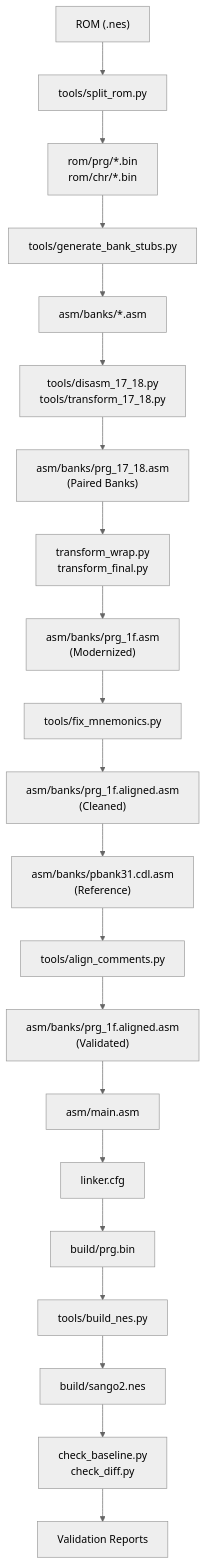
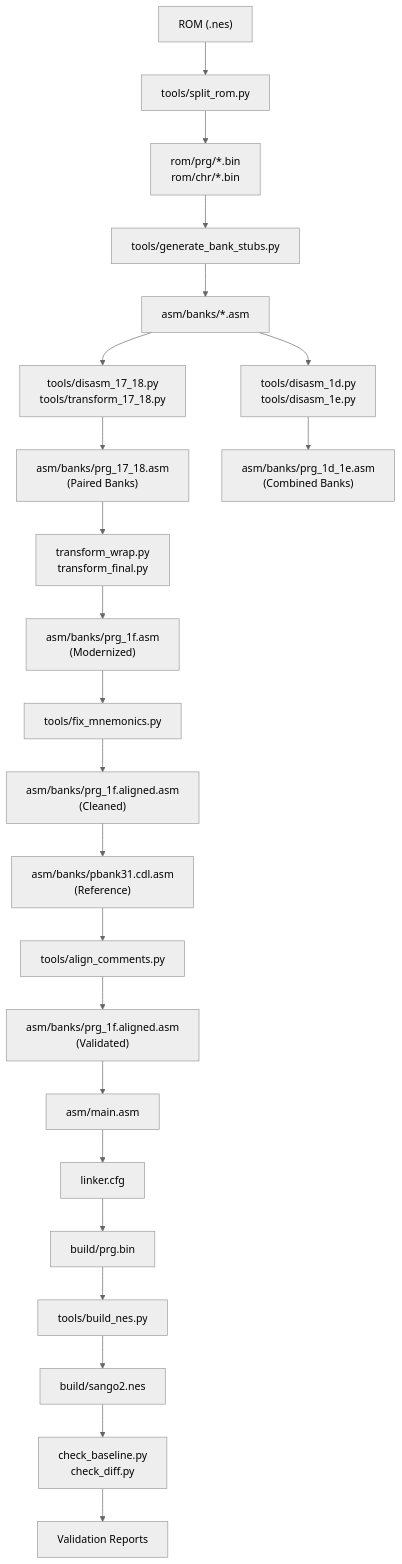
Before and after one commit to rabbyzero/sango2dasm: the first of 7 diagrams in .qoder/repowiki/en/content/Disassembly Workflow/Disassembly Workflow.md, drawn with Mermaid (neutral theme). The commit also changed other lines of this file and 15 other files, not shown here.

````diff
--- a/.qoder/repowiki/en/content/Disassembly Workflow/Disassembly Workflow.md
+++ b/.qoder/repowiki/en/content/Disassembly Workflow/Disassembly Workflow.md
@@ -86,23 +96,25 @@
 ```mermaid
 graph TB
 A["ROM (.nes)"] --> B["tools/split_rom.py"]
 B --> C["rom/prg/*.bin<br/>rom/chr/*.bin"]
 C --> D["tools/generate_bank_stubs.py"]
 D --> E["asm/banks/*.asm"]
 E --> F["tools/disasm_17_18.py<br/>tools/transform_17_18.py"]
 F --> G["asm/banks/prg_17_18.asm<br/>(Paired Banks)"]
-G --> H["transform_wrap.py<br/>transform_final.py"]
-H --> I["asm/banks/prg_1f.asm<br/>(Modernized)"]
-I --> J["tools/fix_mnemonics.py"]
-J --> K["asm/banks/prg_1f.aligned.asm<br/>(Cleaned)"]
-K --> L["asm/banks/pbank31.cdl.asm<br/>(Reference)"]
-L --> M["tools/align_comments.py"]
-M --> N["asm/banks/prg_1f.aligned.asm<br/>(Validated)"]
-N --> O["asm/main.asm"]
-O --> P["linker.cfg"]
-P --> Q["build/prg.bin"]
-Q --> R["tools/build_nes.py"]
-R --> S["build/sango2.nes"]
-S --> T["check_baseline.py<br/>check_diff.py"]
-T --> U["Validation Reports"]
+E --> H["tools/disasm_1d.py<br/>tools/disasm_1e.py"]
+H --> I["asm/banks/prg_1d_1e.asm<br/>(Combined Banks)"]
+G --> J["transform_wrap.py<br/>transform_final.py"]
+J --> K["asm/banks/prg_1f.asm<br/>(Modernized)"]
+K --> L["tools/fix_mnemonics.py"]
+L --> M["asm/banks/prg_1f.aligned.asm<br/>(Cleaned)"]
+M --> N["asm/banks/pbank31.cdl.asm<br/>(Reference)"]
+N --> O["tools/align_comments.py"]
+O --> P["asm/banks/prg_1f.aligned.asm<br/>(Validated)"]
+P --> Q["asm/main.asm"]
+Q --> R["linker.cfg"]
+R --> S["build/prg.bin"]
+S --> T["tools/build_nes.py"]
+T --> U["build/sango2.nes"]
+U --> V["check_baseline.py<br/>check_diff.py"]
+V --> W["Validation Reports"]
 ```
````
